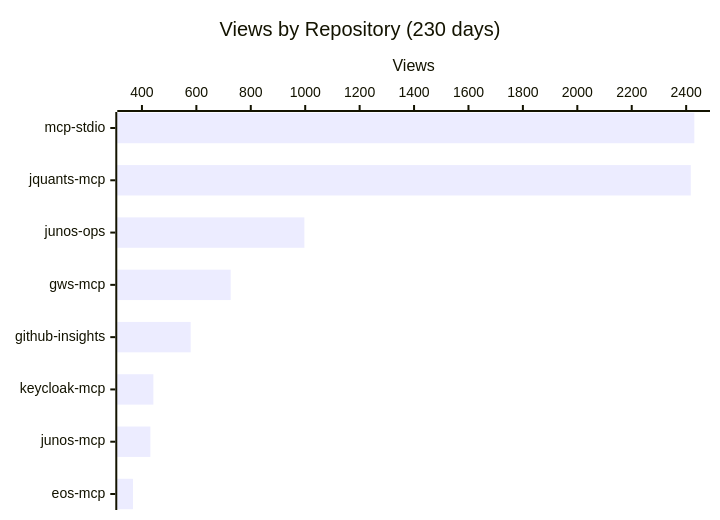
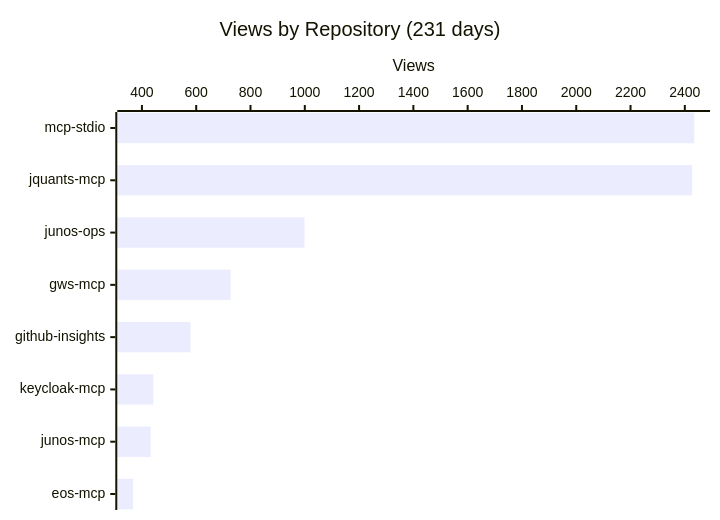
The first of 4 diagrams in README.md (shigechika/github-insights), drawn with Mermaid before and after one commit. The commit also changed other lines of this file and 1 other file, not shown here.

````diff
--- a/README.md
+++ b/README.md
@@ -18,7 +18,7 @@
 ```mermaid
 xychart-beta horizontal
-    title "Views by Repository (230 days)"
+    title "Views by Repository (231 days)"
     x-axis ["mcp-stdio", "jquants-mcp", "junos-ops", "gws-mcp", "github-insights", "keycloak-mcp", "junos-mcp", "eos-mcp"]
     y-axis "Views"
-    bar [2430, 2417, 997, 726, 579, 442, 431, 367]
+    bar [2435, 2427, 999, 727, 579, 442, 432, 367]
 ```
````
